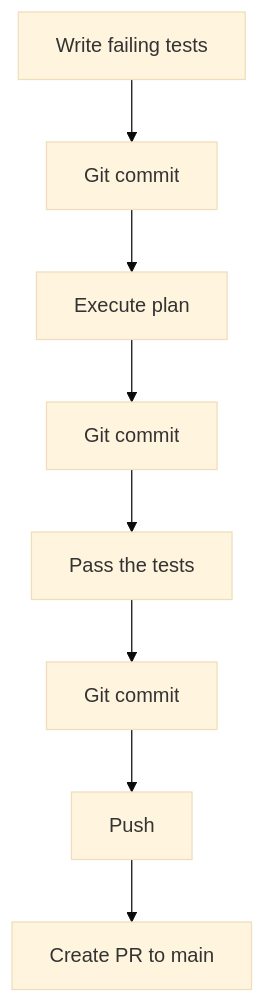
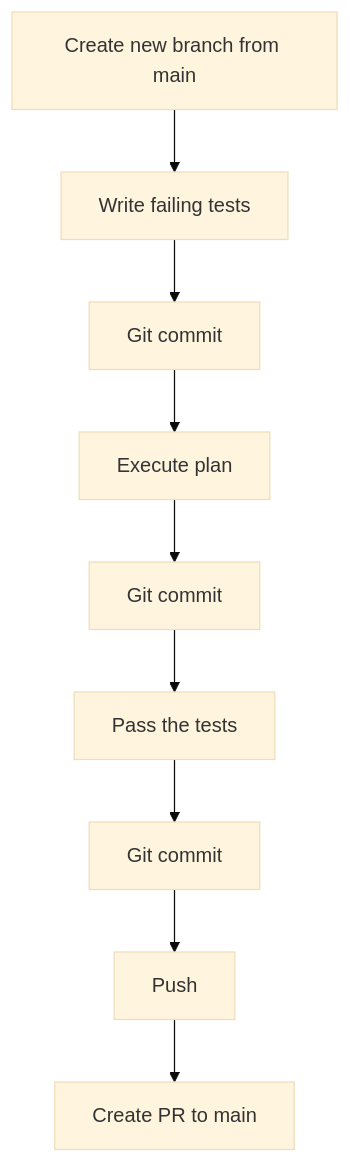
One commit to doccerz/iam-microservice changed the first of 3 diagrams in CLAUDE.md. Above: the diagram before and after it, drawn with Mermaid (base theme). The commit also changed other lines of this file and 5 other files, not shown here.

````diff
--- a/CLAUDE.md
+++ b/CLAUDE.md
@@ -106,10 +107,11 @@
 ```mermaid
 graph TD
-    A[Write failing tests] --> B[Git commit]
+    Z[Create new branch from main] --> A[Write failing tests]
+    A --> B[Git commit]
     B --> C[Execute plan]
     C --> D[Git commit]
     D --> E[Pass the tests]
     E --> F[Git commit]
     F --> G[Push]
     G --> H[Create PR to main]
 ```
````
